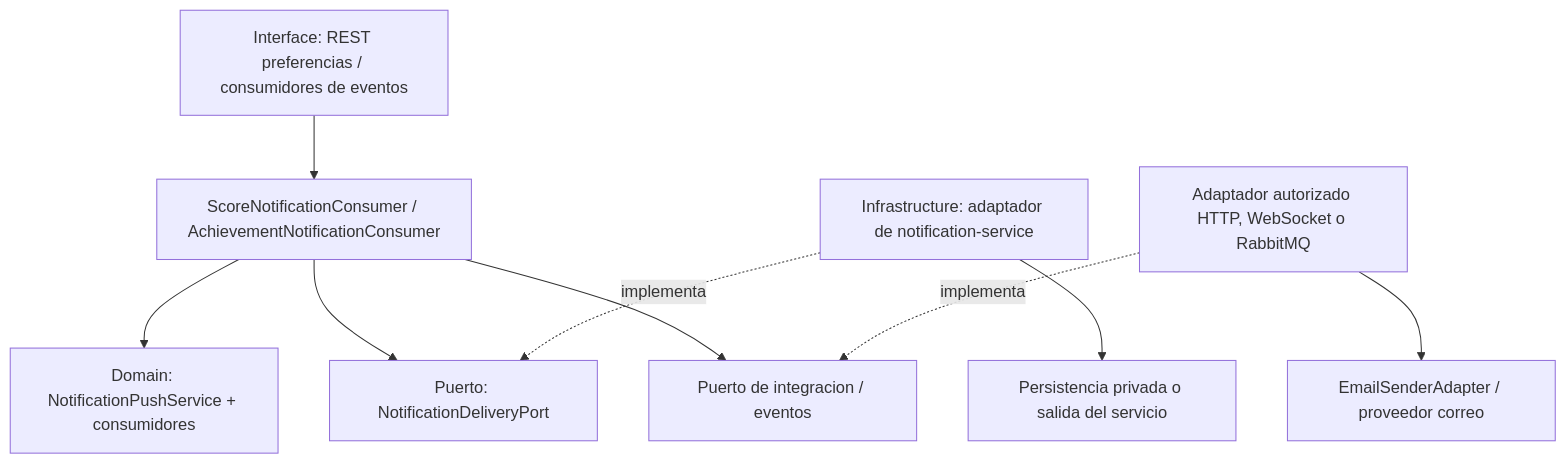
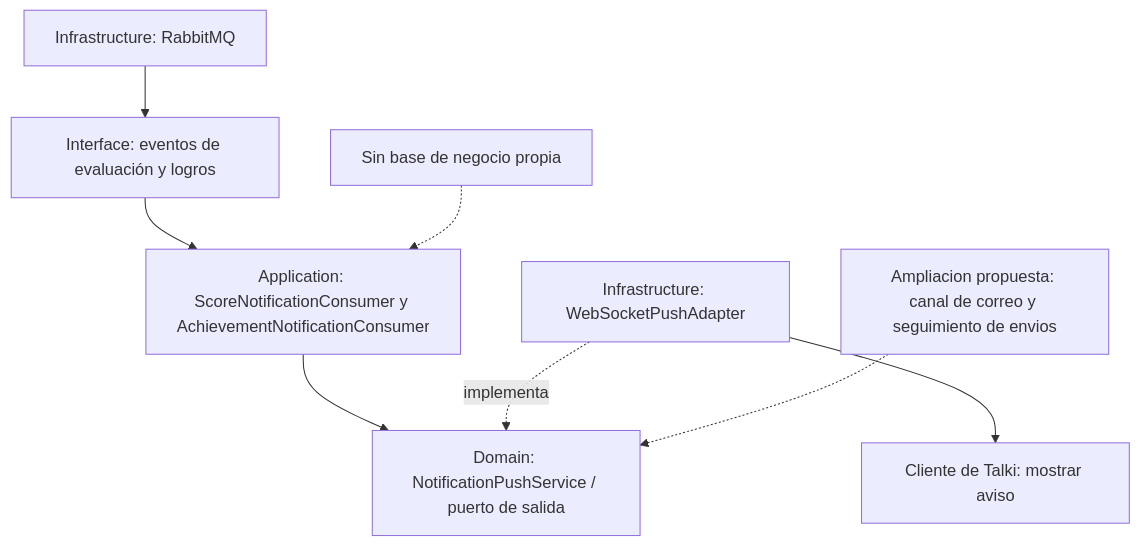
Before and after one commit to upc-pre-202620-si728-16365-thropic/talki-project-report: the diagram in assets/diagrams/tactical/10-notifications-components.mmd, drawn with Mermaid. The commit also changed 20 other files, not shown here.

```diff
--- a/assets/diagrams/tactical/10-notifications-components.mmd
+++ b/assets/diagrams/tactical/10-notifications-components.mmd
@@ -1,9 +1,8 @@
 flowchart TB
-    input["Interface: REST preferencias / consumidores de eventos"] --> app["ScoreNotificationConsumer / AchievementNotificationConsumer"]
-    app --> domain["Domain: NotificationPushService + consumidores"]
-    app --> port["Puerto: NotificationDeliveryPort"]
-    adapter["Infrastructure: adaptador de notification-service"] -. implementa .-> port
-    adapter --> resource["Persistencia privada o salida del servicio"]
-    app --> integration["Puerto de integracion / eventos"]
-    infrastructure["Adaptador autorizado HTTP, WebSocket o RabbitMQ"] -. implementa .-> integration
-    infrastructure --> external["EmailSenderAdapter / proveedor correo"]
+  input["Interface: eventos de evaluación y logros"] --> consumers["Application: ScoreNotificationConsumer y AchievementNotificationConsumer"]
+  consumers --> port["Domain: NotificationPushService / puerto de salida"]
+  adapter["Infrastructure: WebSocketPushAdapter"] -. implementa .-> port
+  adapter --> user["Cliente de Talki: mostrar aviso"]
+  broker["Infrastructure: RabbitMQ"] --> input
+  email["Ampliacion propuesta: canal de correo y seguimiento de envios"] -.-> port
+  note["Sin base de negocio propia"] -.-> consumers
```
